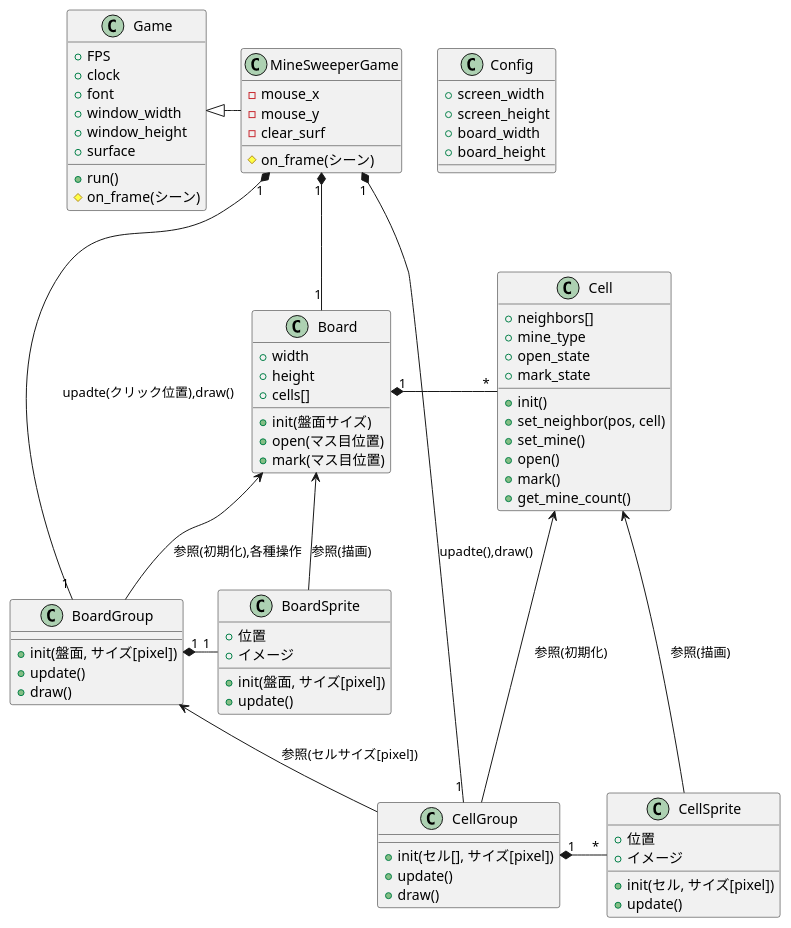
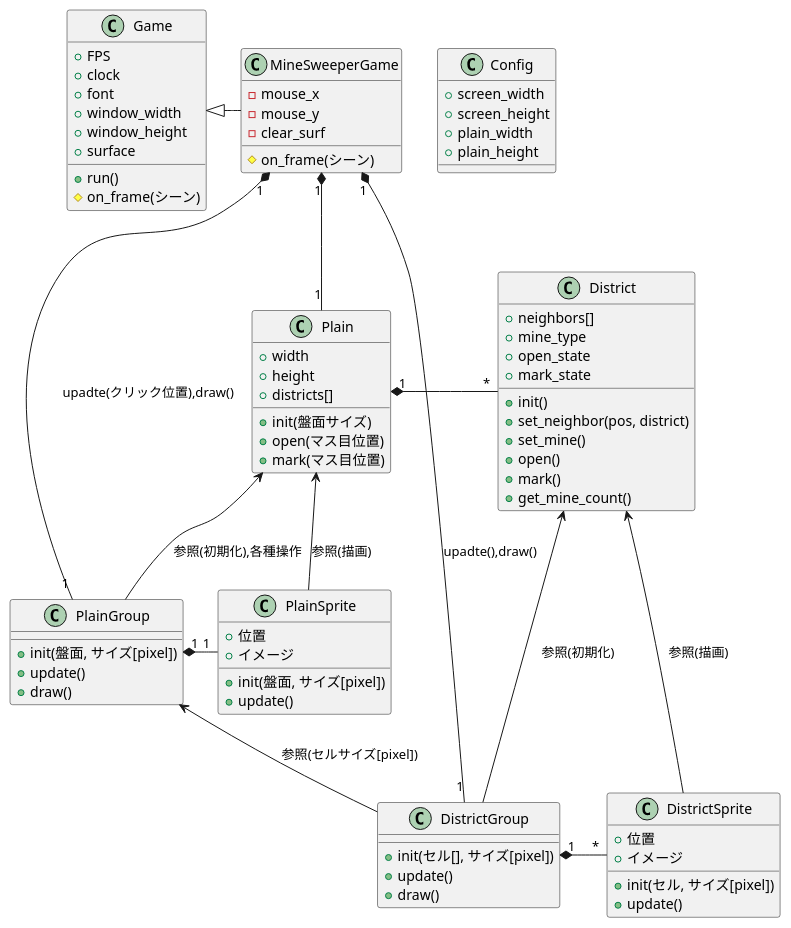
The diagram in mine_sweeper/mine_sweeper.md (ooishiisao/pygame_game), drawn with PlantUML before and after one commit. The commit also changed other lines of this file and 1 other file, not shown here.

Commit message:
クラス名を変更

```diff
--- a/mine_sweeper/mine_sweeper.md
+++ b/mine_sweeper/mine_sweeper.md
@@ -24,14 +24,14 @@
     - clear_surf
 }
 
-class BoardGroup
+class PlainGroup
 {
     + init(盤面, サイズ[pixel])
     + update()
     + draw()
 }
 
-class BoardSprite
+class PlainSprite
 {
     + 位置
     + イメージ
@@ -39,38 +39,38 @@
     + update()
 }
 
-class Board
+class Plain
 {
     + width
     + height
-    + cells[]
+    + districts[]
     + init(盤面サイズ)
     + open(マス目位置)
     + mark(マス目位置)
 }
 
-class CellGroup
+class DistrictGroup
 {
     + init(セル[], サイズ[pixel])
     + update()
     + draw()
 }
 
-class CellSprite
+class DistrictSprite
 {
     + 位置
     + イメージ
     + init(セル, サイズ[pixel])
     + update()
 }
-class Cell
+class District
 {
     + neighbors[]
     + mine_type
     + open_state
     + mark_state
     + init()
-    + set_neighbor(pos, cell)
+    + set_neighbor(pos, district)
     + set_mine()
     + open()
     + mark()
@@ -79,28 +79,28 @@
 }
 
 Game <|- MineSweeperGame
-MineSweeperGame  "1" *-- "1" Board
-MineSweeperGame  "1" *-- "1" BoardGroup   : upadte(クリック位置),draw()
-MineSweeperGame  "1" *-- "1" CellGroup    : upadte(),draw()
+MineSweeperGame  "1" *-- "1" Plain
+MineSweeperGame  "1" *-- "1" PlainGroup   : upadte(クリック位置),draw()
+MineSweeperGame  "1" *-- "1" DistrictGroup    : upadte(),draw()
 
-Board            "1" *-   "*" Cell
+Plain            "1" *-   "*" District
 
-Board                <--      BoardGroup  : 参照(初期化),各種操作
-Board                <--      BoardSprite : 参照(描画)
-BoardGroup       "1" *-  "1"  BoardSprite
+Plain                <--      PlainGroup  : 参照(初期化),各種操作
+Plain                <--      PlainSprite : 参照(描画)
+PlainGroup       "1" *-  "1"  PlainSprite
 
-Cell                 <---     CellGroup   : 参照(初期化)
-Cell                 <---     CellSprite  : 参照(描画)
-CellGroup        "1" *-   "*" CellSprite
-BoardGroup           <--      CellGroup   : 参照(セルサイズ[pixel])
+District                 <---     DistrictGroup   : 参照(初期化)
+District                 <---     DistrictSprite  : 参照(描画)
+DistrictGroup        "1" *-   "*" DistrictSprite
+PlainGroup           <--      DistrictGroup   : 参照(セルサイズ[pixel])
 
 
 class Config
 {
     + screen_width
     + screen_height
-    + board_width
-    + board_height
+    + plain_width
+    + plain_height
 }
 
 @enduml
```
